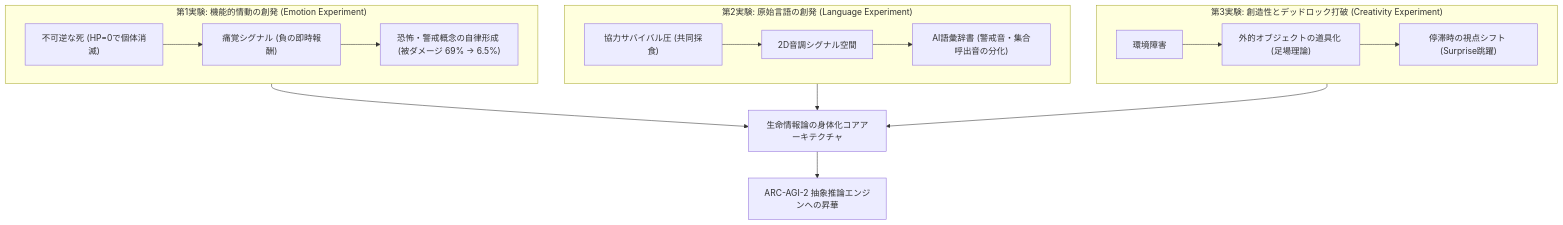
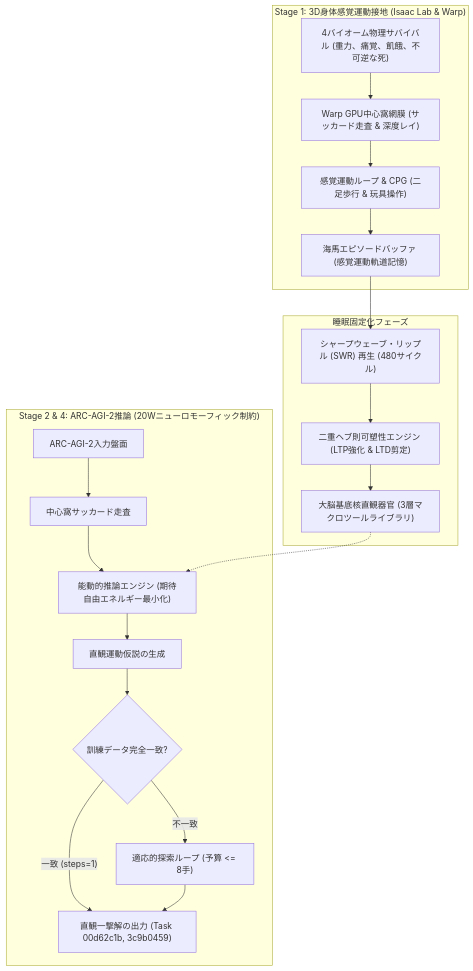
One commit to sukuyoshi/arc-embodied-active-inference changed the first of 2 diagrams in paper_track_2026/KAGGLE_PAPER_TRACK_WRITEUP_JA.md. Above: the diagram before and after it, drawn with Mermaid. The commit also changed other lines of this file and 1 other file, not shown here.

Commit message:
docs: condense paper to <1,500 words with Mermaid system architecture and step-by-step task execution diagrams

````diff
--- a/paper_track_2026/KAGGLE_PAPER_TRACK_WRITEUP_JA.md
+++ b/paper_track_2026/KAGGLE_PAPER_TRACK_WRITEUP_JA.md
@@ -49,22 +38,25 @@
 ```mermaid
 flowchart TD
-    subgraph Exp1["第1実験: 機能的情動の創発 (Emotion Experiment)"]
-        Death1["不可逆な死 (HP=0で個体消滅)"] --> Pain1["痛覚シグナル (負の即時報酬)"]
-        Pain1 --> Fear["恐怖・警戒概念の自律形成 (被ダメージ 69% -> 6.5%)"]
+    subgraph S1["Stage 1: 3D身体感覚運動接地 (Isaac Lab & Warp)"]
+        Arena["4バイオーム物理サバイバル (重力、痛覚、飢餓、不可逆な死)"] --> Fovea["Warp GPU中心窩網膜 (サッカード走査 & 深度レイ)"]
+        Fovea --> Motor["感覚運動ループ & CPG (二足歩行 & 玩具操作)"]
+        Motor --> Hippo["海馬エピソードバッファ (感覚運動軌道記憶)"]
     end
 
-    subgraph Exp2["第2実験: 原始言語の創発 (Language Experiment)"]
-        Coop["協力サバイバル圧 (共同採食)"] --> Acoustic["2D音調シグナル空間"]
-        Acoustic --> Lexicon["AI語彙辞書 (警戒音・集合呼出音の分化)"]
+    subgraph Sleep["睡眠固定化フェーズ"]
+        Hippo --> SWR["シャープウェーブ・リップル (SWR) 再生 (480サイクル)"]
+        SWR --> Plasticity["二重ヘブ則可塑性エンジン (LTP強化 & LTD剪定)"]
+        Plasticity --> Basal["大脳基底核直観器官 (3層マクロツールライブラリ)"]
     end
 
-    subgraph Exp3["第3実験: 創造性とデッドロック打破 (Creativity Experiment)"]
-        Obstacle["環境障害"] --> Scaffold["外的オブジェクトの道具化 (足場理論)"]
-        Scaffold --> Deadlock["停滞時の視点シフト (Surprise跳躍)"]
+    subgraph S2["Stage 2 & 4: ARC-AGI-2推論 (20Wニューロモーフィック制約)"]
+        TaskIn["ARC-AGI-2入力盤面"] --> Saccade["中心窩サッカード走査"]
+        Saccade --> ActiveInf["能動的推論エンジン (期待自由エネルギー最小化)"]
+        Basal -.-> ActiveInf
+        ActiveInf --> ActionHypo["直観運動仮説の生成"]
+        ActionHypo --> Eval{"訓練データ完全一致?"}
+        Eval -- "一致 (steps=1)" --> FastSolve["直観一撃解の出力 (Task 00d62c1b, 3c9b0459)"]
+        Eval -- "不一致" --> Search["適応的探索ループ (予算 <= 8手)"]
+        Search --> FastSolve
     end
-
-    Exp1 --> Core["生命情報論の身体化コアアーキテクチャ"]
-    Exp2 --> Core
-    Exp3 --> Core
-    Core --> ARC2["ARC-AGI-2 抽象推論エンジンへの昇華"]
 ```
````
